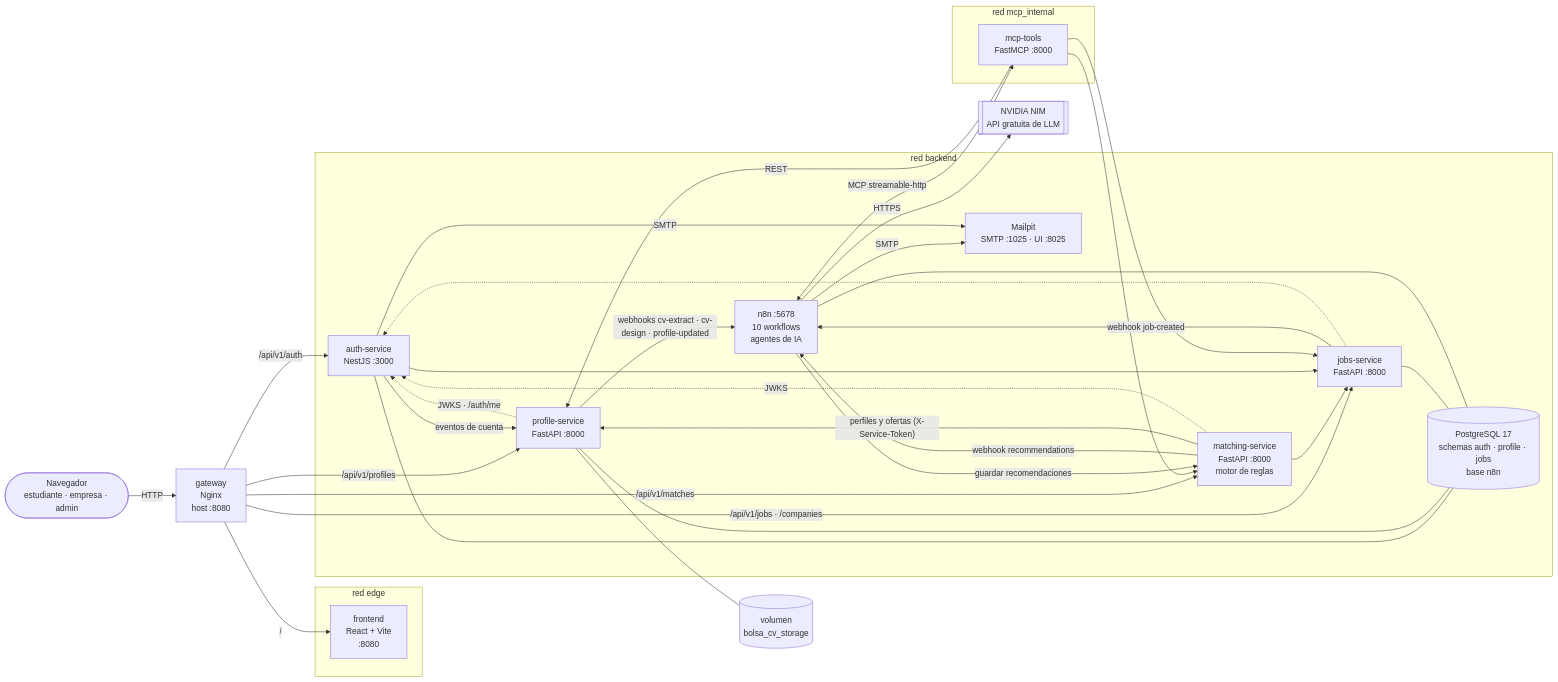
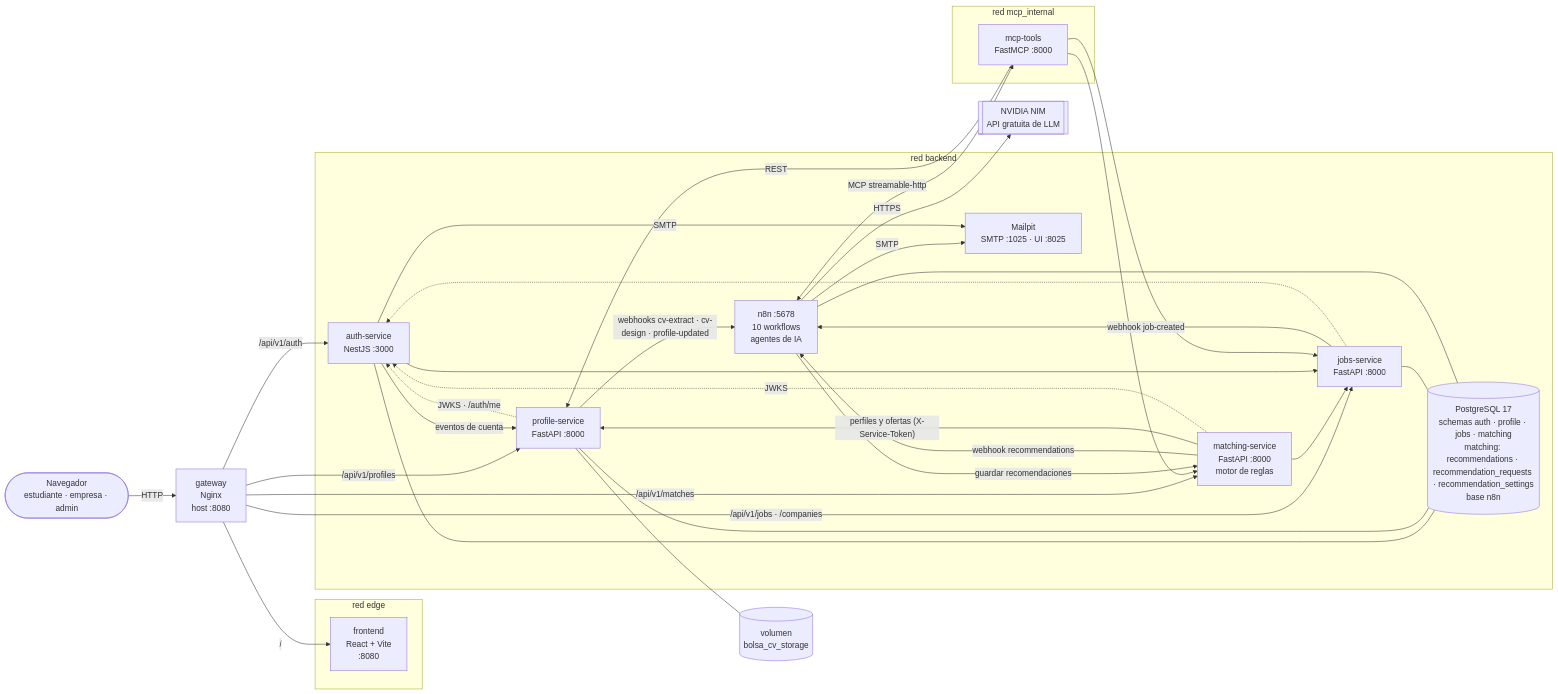
The first of 4 diagrams in docs/ARQUITECTURA.md (Grupo-1-EPIALC/bolsa-de-trabajo), drawn with Mermaid before and after one commit. The commit also changed other lines of this file and 3 other files, not shown here.

````diff
--- a/docs/ARQUITECTURA.md
+++ b/docs/ARQUITECTURA.md
@@ -9,60 +9,60 @@
 ```mermaid
 flowchart LR
     U(["Navegador<br/>estudiante · empresa · admin"])
 
     subgraph EDGE["red edge"]
         FE["frontend<br/>React + Vite<br/>:8080"]
     end
 
     GW["gateway<br/>Nginx<br/>host :8080"]
 
     subgraph BACKEND["red backend"]
         AUTH["auth-service<br/>NestJS :3000"]
         PROF["profile-service<br/>FastAPI :8000"]
         JOBS["jobs-service<br/>FastAPI :8000"]
         MATCH["matching-service<br/>FastAPI :8000<br/>motor de reglas"]
         N8N["n8n :5678<br/>10 workflows<br/>agentes de IA"]
-        PG[("PostgreSQL 17<br/>schemas auth · profile · jobs<br/>base n8n")]
+        PG[("PostgreSQL 17<br/>schemas auth · profile · jobs · matching<br/>matching: recommendations · recommendation_requests · recommendation_settings<br/>base n8n")]
         MAIL["Mailpit<br/>SMTP :1025 · UI :8025"]
     end
 
     subgraph MCPNET["red mcp_internal"]
         MCP["mcp-tools<br/>FastMCP :8000"]
     end
 
     NIM[["NVIDIA NIM<br/>API gratuita de LLM"]]
     VOL[("volumen<br/>bolsa_cv_storage")]
 
     U -->|HTTP| GW
     GW -->|"/"| FE
     GW -->|"/api/v1/auth"| AUTH
     GW -->|"/api/v1/profiles"| PROF
     GW -->|"/api/v1/jobs · /companies"| JOBS
     GW -->|"/api/v1/matches"| MATCH
 
     PROF -->|"webhooks cv-extract · cv-design · profile-updated"| N8N
     JOBS -->|"webhook job-created"| N8N
     MATCH -->|"webhook recommendations"| N8N
     MATCH -->|"perfiles y ofertas (X-Service-Token)"| PROF
     MATCH --> JOBS
     AUTH -->|"eventos de cuenta"| PROF
     AUTH --> JOBS
     PROF -.->|"JWKS · /auth/me"| AUTH
     JOBS -.-> AUTH
     MATCH -.->|JWKS| AUTH
 
     N8N <-->|"MCP streamable-http"| MCP
     MCP -->|REST| PROF
     MCP --> JOBS
     MCP --> MATCH
     N8N -->|"guardar recomendaciones"| MATCH
     N8N -->|HTTPS| NIM
     N8N -->|SMTP| MAIL
     AUTH -->|SMTP| MAIL
 
     AUTH --- PG
     PROF --- PG
     JOBS --- PG
     N8N --- PG
     PROF --- VOL
 ```
````
